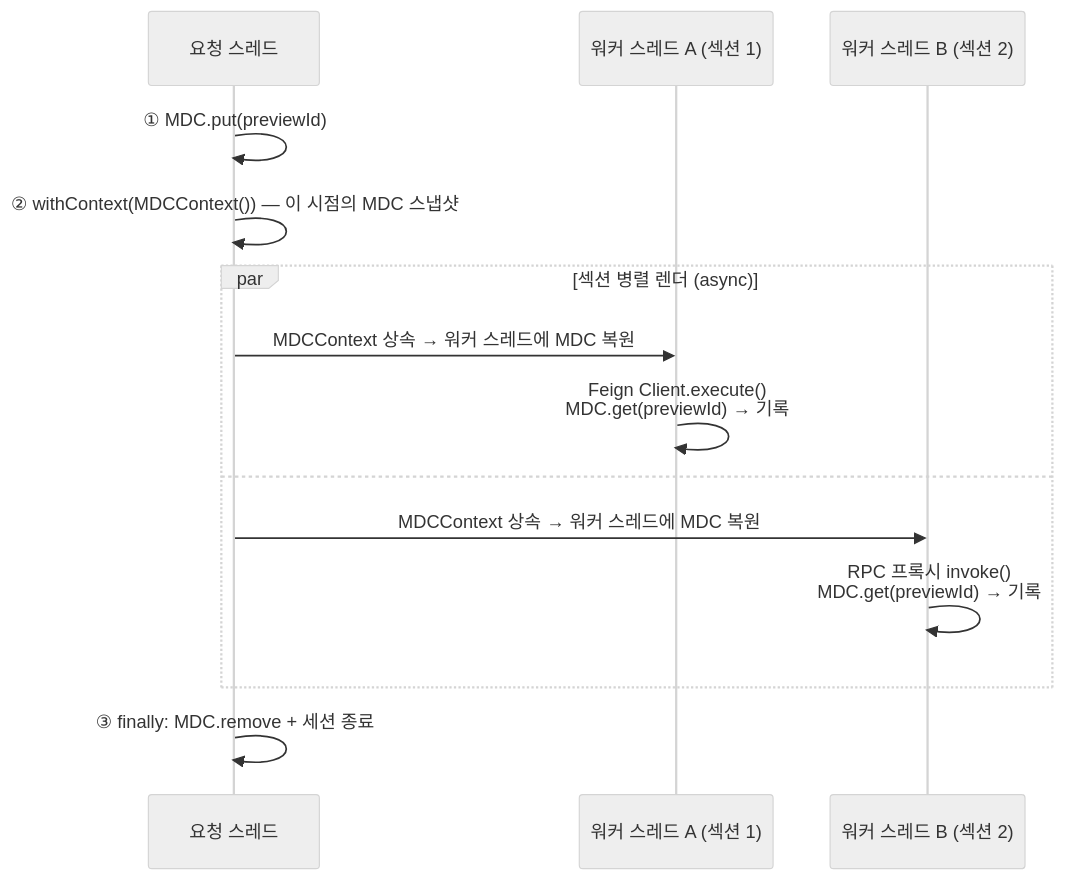
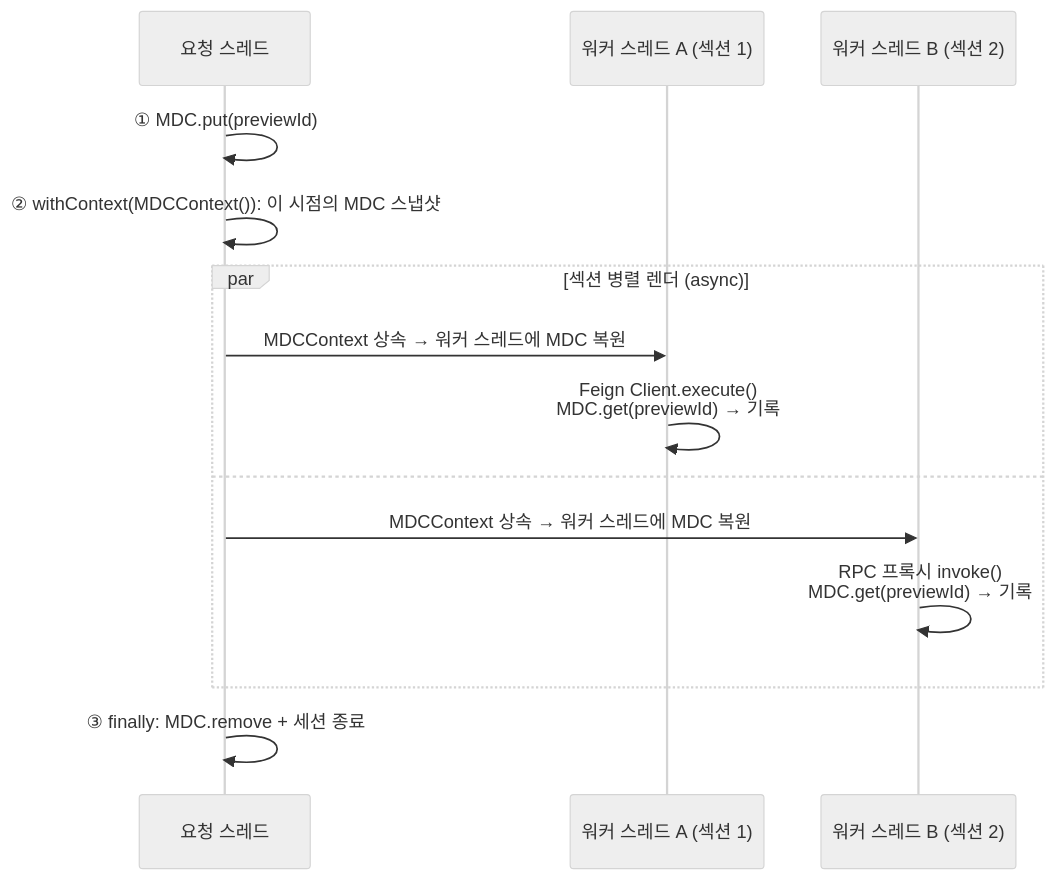
The second of 3 diagrams in content/posts/measuring-downstream-fanout-before-launch.md (disj11/disj11.github.io), drawn with Mermaid (neutral theme) before and after one commit. The commit also changed other lines of this file and 2 other files, not shown here.

````diff
--- a/content/posts/measuring-downstream-fanout-before-launch.md
+++ b/content/posts/measuring-downstream-fanout-before-launch.md
@@ -99,17 +99,17 @@
 ```mermaid
 sequenceDiagram
     participant M as 요청 스레드
     participant A as 워커 스레드 A (섹션 1)
     participant B as 워커 스레드 B (섹션 2)
 
     M->>M: ① MDC.put(previewId)
-    M->>M: ② withContext(MDCContext()) — 이 시점의 MDC 스냅샷
+    M->>M: ② withContext(MDCContext()): 이 시점의 MDC 스냅샷
     par 섹션 병렬 렌더 (async)
         M->>A: MDCContext 상속 → 워커 스레드에 MDC 복원
         A->>A: Feign Client.execute()<br/>MDC.get(previewId) → 기록
     and
         M->>B: MDCContext 상속 → 워커 스레드에 MDC 복원
         B->>B: RPC 프록시 invoke()<br/>MDC.get(previewId) → 기록
     end
     M->>M: ③ finally: MDC.remove + 세션 종료
 ```
````
